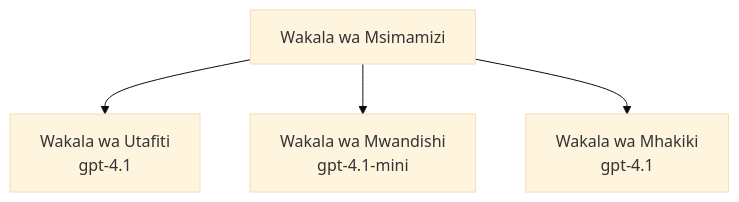
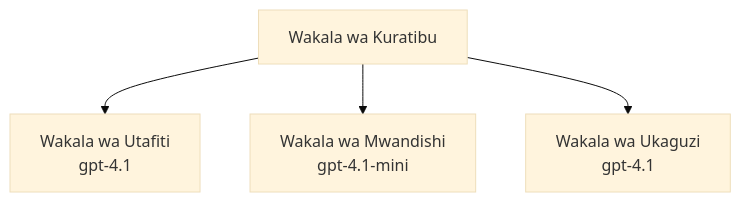
One commit to microsoft/AZD-for-beginners changed the third of 3 diagrams in translations/sw/docs/chapter-02-ai-development/agents.md. Above: the diagram before and after it, drawn with Mermaid (base theme). The commit also changed other lines of this file and 61 other files, not shown here.

````diff
--- a/translations/sw/docs/chapter-02-ai-development/agents.md
+++ b/translations/sw/docs/chapter-02-ai-development/agents.md
@@ -201,6 +201,6 @@
 ```mermaid
 graph TD
-    Orchestrator[Wakala wa Msimamizi] --> Research[Wakala wa Utafiti<br/>gpt-4.1]
+    Orchestrator[Wakala wa Kuratibu] --> Research[Wakala wa Utafiti<br/>gpt-4.1]
     Orchestrator --> Writer[Wakala wa Mwandishi<br/>gpt-4.1-mini]
-    Orchestrator --> Reviewer[Wakala wa Mhakiki<br/>gpt-4.1]
+    Orchestrator --> Reviewer[Wakala wa Ukaguzi<br/>gpt-4.1]
 ```
````
